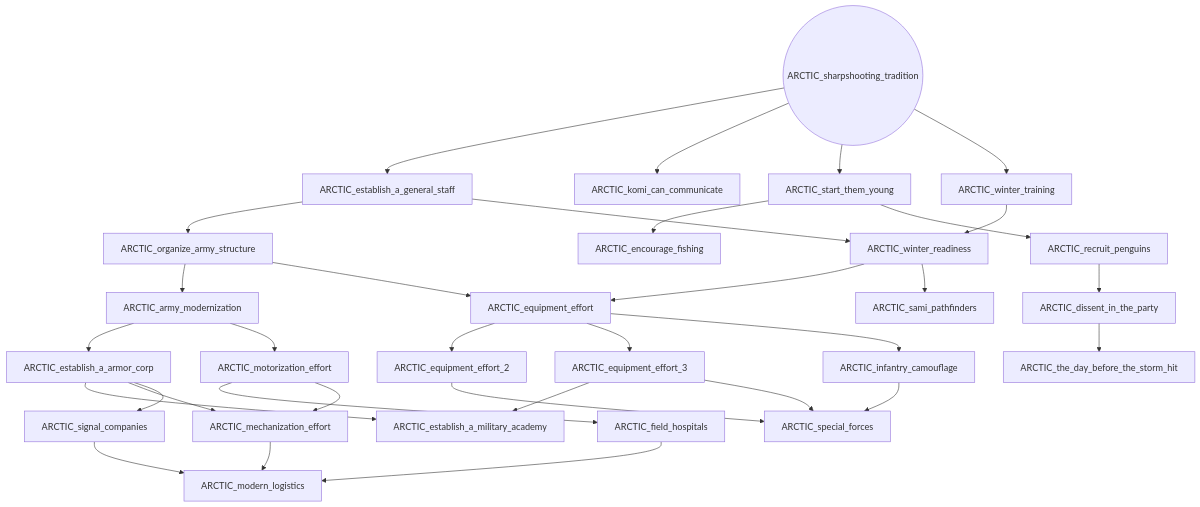
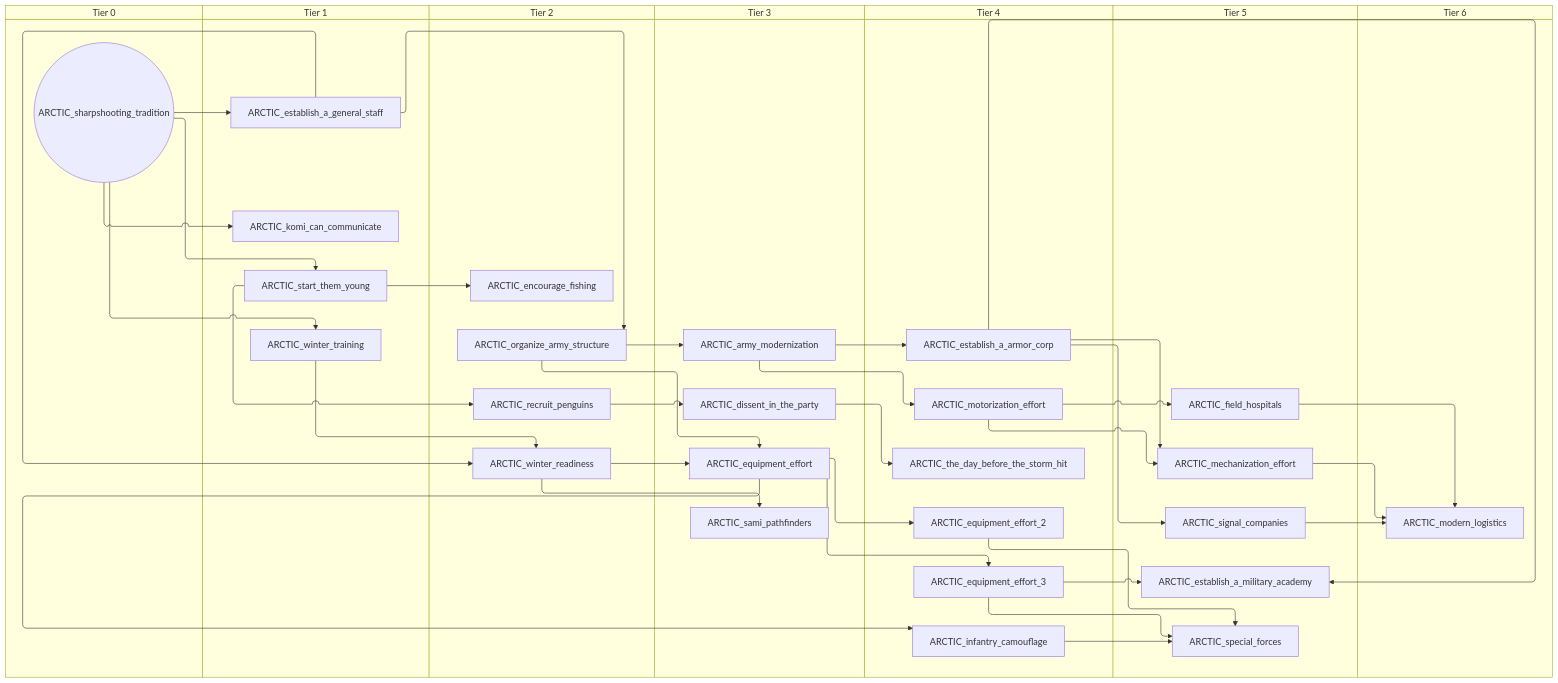
The diagram in docs/gdd/National Focuses/r56/r56_arctic_minor_military_shared.md (evgeny-sobol/hoi4-sandbox-mode-r56), drawn with Mermaid before and after one commit. The commit also changed 423 other files, not shown here.

First line of the commit message:
Re-export Rt56 focus trees as swimlane diagrams

````diff
--- a/docs/gdd/National Focuses/r56/r56_arctic_minor_military_shared.md
+++ b/docs/gdd/National Focuses/r56/r56_arctic_minor_military_shared.md
@@ -3,60 +3,74 @@
 ```mermaid
-flowchart TD
-    n1["ARCTIC_army_modernization"]
-    n2["ARCTIC_dissent_in_the_party"]
-    n3["ARCTIC_encourage_fishing"]
-    n4["ARCTIC_equipment_effort"]
-    n5["ARCTIC_equipment_effort_2"]
-    n6["ARCTIC_equipment_effort_3"]
-    n7["ARCTIC_establish_a_armor_corp"]
-    n8["ARCTIC_establish_a_general_staff"]
-    n9["ARCTIC_establish_a_military_academy"]
-    n10["ARCTIC_field_hospitals"]
-    n11["ARCTIC_infantry_camouflage"]
-    n12["ARCTIC_komi_can_communicate"]
-    n13["ARCTIC_mechanization_effort"]
-    n14["ARCTIC_modern_logistics"]
-    n15["ARCTIC_motorization_effort"]
-    n16["ARCTIC_organize_army_structure"]
-    n17["ARCTIC_recruit_penguins"]
-    n18["ARCTIC_sami_pathfinders"]
-    n19(("ARCTIC_sharpshooting_tradition"))
-    n20["ARCTIC_signal_companies"]
-    n21["ARCTIC_special_forces"]
-    n22["ARCTIC_start_them_young"]
-    n23["ARCTIC_the_day_before_the_storm_hit"]
-    n24["ARCTIC_winter_readiness"]
-    n25["ARCTIC_winter_training"]
-    n16 --> n1
-    n17 --> n2
-    n22 --> n3
-    n16 --> n4
-    n24 --> n4
-    n4 --> n5
+swimlane-beta TD
+    subgraph tier_0["Tier 0"]
+        n1(("ARCTIC_sharpshooting_tradition"))
+    end
+    subgraph tier_1["Tier 1"]
+        n2["ARCTIC_establish_a_general_staff"]
+        n3["ARCTIC_komi_can_communicate"]
+        n4["ARCTIC_start_them_young"]
+        n5["ARCTIC_winter_training"]
+    end
+    subgraph tier_2["Tier 2"]
+        n6["ARCTIC_encourage_fishing"]
+        n7["ARCTIC_organize_army_structure"]
+        n8["ARCTIC_recruit_penguins"]
+        n9["ARCTIC_winter_readiness"]
+    end
+    subgraph tier_3["Tier 3"]
+        n10["ARCTIC_army_modernization"]
+        n11["ARCTIC_dissent_in_the_party"]
+        n12["ARCTIC_equipment_effort"]
+        n13["ARCTIC_sami_pathfinders"]
+    end
+    subgraph tier_4["Tier 4"]
+        n14["ARCTIC_equipment_effort_2"]
+        n15["ARCTIC_equipment_effort_3"]
+        n16["ARCTIC_establish_a_armor_corp"]
+        n17["ARCTIC_infantry_camouflage"]
+        n18["ARCTIC_motorization_effort"]
+        n19["ARCTIC_the_day_before_the_storm_hit"]
+    end
+    subgraph tier_5["Tier 5"]
+        n20["ARCTIC_establish_a_military_academy"]
+        n21["ARCTIC_field_hospitals"]
+        n22["ARCTIC_mechanization_effort"]
+        n23["ARCTIC_signal_companies"]
+        n24["ARCTIC_special_forces"]
+    end
+    subgraph tier_6["Tier 6"]
+        n25["ARCTIC_modern_logistics"]
+    end
+    n7 --> n10
+    n8 --> n11
     n4 --> n6
-    n1 --> n7
-    n19 --> n8
-    n7 --> n9
-    n6 --> n9
-    n15 --> n10
-    n4 --> n11
-    n19 --> n12
-    n7 --> n13
-    n15 --> n13
-    n10 --> n14
-    n13 --> n14
-    n20 --> n14
-    n1 --> n15
-    n8 --> n16
-    n22 --> n17
-    n24 --> n18
-    n7 --> n20
-    n6 --> n21
-    n11 --> n21
-    n5 --> n21
-    n19 --> n22
-    n2 --> n23
-    n25 --> n24
-    n8 --> n24
-    n19 --> n25
+    n7 --> n12
+    n9 --> n12
+    n12 --> n14
+    n12 --> n15
+    n10 --> n16
+    n1 --> n2
+    n16 --> n20
+    n15 --> n20
+    n18 --> n21
+    n12 --> n17
+    n1 --> n3
+    n16 --> n22
+    n18 --> n22
+    n21 --> n25
+    n22 --> n25
+    n23 --> n25
+    n10 --> n18
+    n2 --> n7
+    n4 --> n8
+    n9 --> n13
+    n16 --> n23
+    n15 --> n24
+    n17 --> n24
+    n14 --> n24
+    n1 --> n4
+    n11 --> n19
+    n5 --> n9
+    n2 --> n9
+    n1 --> n5
 ```
````
